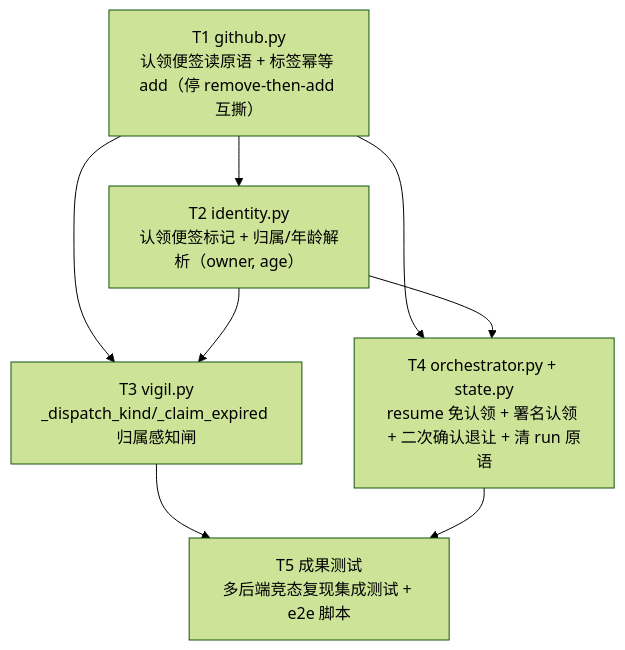
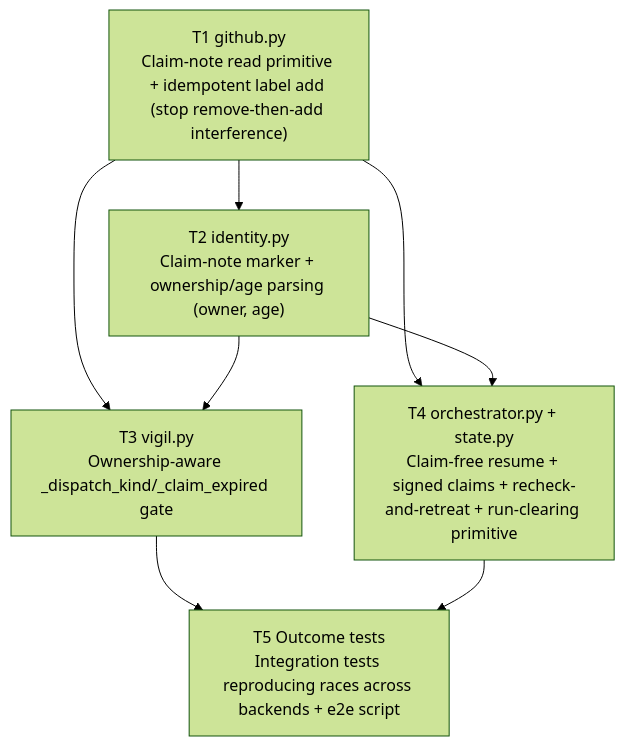
The diagram in docs/specs/0049-vigil-claim-ownership-anti-thrash.md (Curry09/OpenAgents), drawn with Mermaid (forest theme) before and after one commit. The commit also changed other lines of this file and 461 other files, not shown here.

````diff
--- a/docs/specs/0049-vigil-claim-ownership-anti-thrash.md
+++ b/docs/specs/0049-vigil-claim-ownership-anti-thrash.md
@@ -212,15 +212,15 @@
 ```mermaid
 graph TD
-    T1["T1 github.py<br/>认领便签读原语 + 标签幂等 add（停 remove-then-add 互撕）"]
-    T2["T2 identity.py<br/>认领便签标记 + 归属/年龄解析（owner, age）"]
-    T3["T3 vigil.py<br/>_dispatch_kind/_claim_expired 归属感知闸"]
-    T4["T4 orchestrator.py + state.py<br/>resume 免认领 + 署名认领 + 二次确认退让 + 清 run 原语"]
-    T5["T5 成果测试<br/>多后端竞态复现集成测试 + e2e 脚本"]
+    T1["T1 github.py<br/>Claim-note read primitive + idempotent label add (stop remove-then-add interference)"]
+    T2["T2 identity.py<br/>Claim-note marker + ownership/age parsing (owner, age)"]
+    T3["T3 vigil.py<br/>Ownership-aware _dispatch_kind/_claim_expired gate"]
+    T4["T4 orchestrator.py + state.py<br/>Claim-free resume + signed claims + recheck-and-retreat + run-clearing primitive"]
+    T5["T5 Outcome tests<br/>Integration tests reproducing races across backends + e2e script"]
     T1 --> T2
     T1 --> T3
     T2 --> T3
     T1 --> T4
     T2 --> T4
     T3 --> T5
     T4 --> T5
 ```
````
